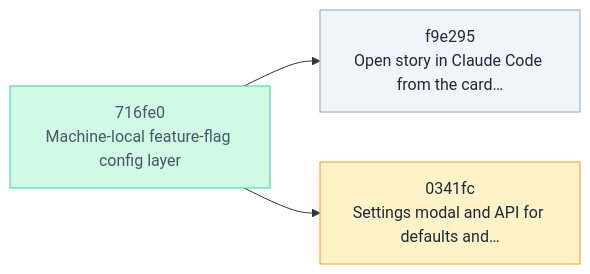
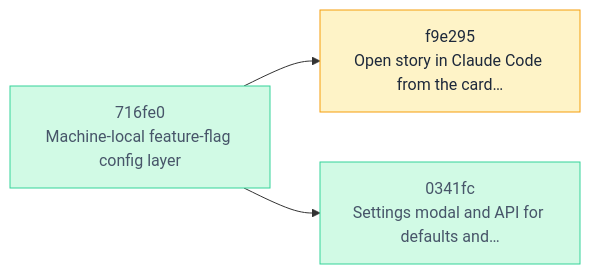
Before and after one commit to Vitund-AI/skald: the diagram in .skald/README.md, drawn with Mermaid. The commit also changed other lines of this file and 9 other files, not shown here.

````diff
--- a/.skald/README.md
+++ b/.skald/README.md
@@ -16,14 +16,12 @@
 ```mermaid
 flowchart LR
     n_0341fc["0341fc<br/>Settings modal and API for defaults and…"]
     n_716fe0["716fe0<br/>Machine-local feature-flag config layer"]
     n_f9e295["f9e295<br/>Open story in Claude Code from the card…"]
     n_716fe0 --> n_f9e295
     n_716fe0 --> n_0341fc
-    classDef backlog fill:#f1f5f9,stroke:#94a3b8,color:#1e293b
     classDef active fill:#fef3c7,stroke:#f59e0b,color:#1e293b
     classDef done fill:#d1fae5,stroke:#34d399,color:#475569
-    class n_716fe0 done
-    class n_f9e295 backlog
-    class n_0341fc active
+    class n_f9e295 active
+    class n_0341fc,n_716fe0 done
 ```
````
